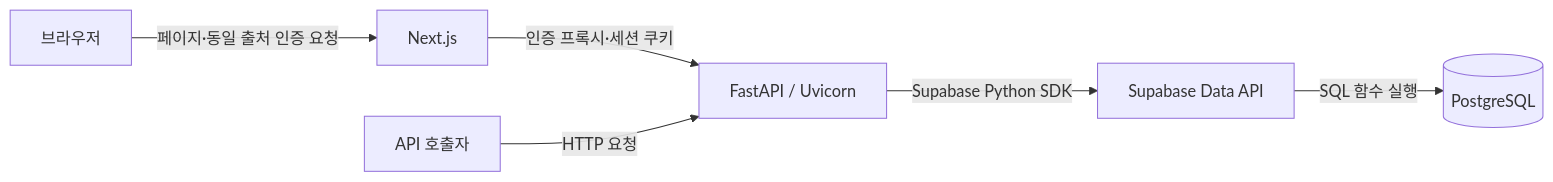
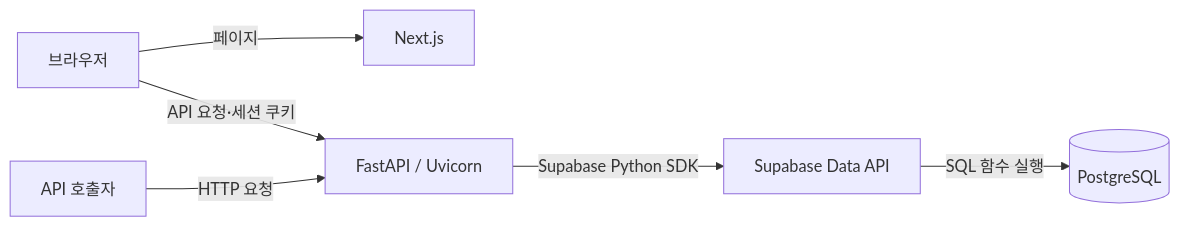
The diagram in docs/ARCHITECTURE.md (gomin-diary/gomin), drawn with Mermaid before and after one commit. The commit also changed other lines of this file and 9 other files, not shown here.

````diff
--- a/docs/ARCHITECTURE.md
+++ b/docs/ARCHITECTURE.md
@@ -62,8 +62,8 @@
 ```mermaid
 flowchart LR
-    Browser[브라우저] -->|페이지·동일 출처 인증 요청| Web[Next.js]
-    Web -->|인증 프록시·세션 쿠키| API[FastAPI / Uvicorn]
+    Browser[브라우저] -->|페이지| Web[Next.js]
+    Browser -->|API 요청·세션 쿠키| API[FastAPI / Uvicorn]
     Caller[API 호출자] -->|HTTP 요청| API[FastAPI / Uvicorn]
     API -->|Supabase Python SDK| DataAPI[Supabase Data API]
     DataAPI -->|SQL 함수 실행| DB[(PostgreSQL)]
 ```
````
